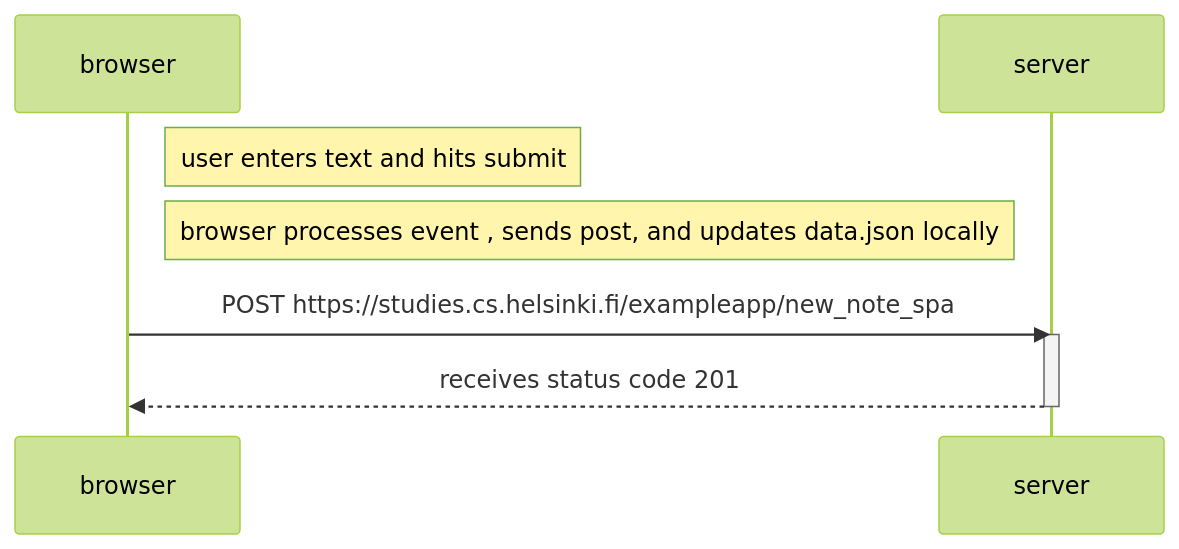
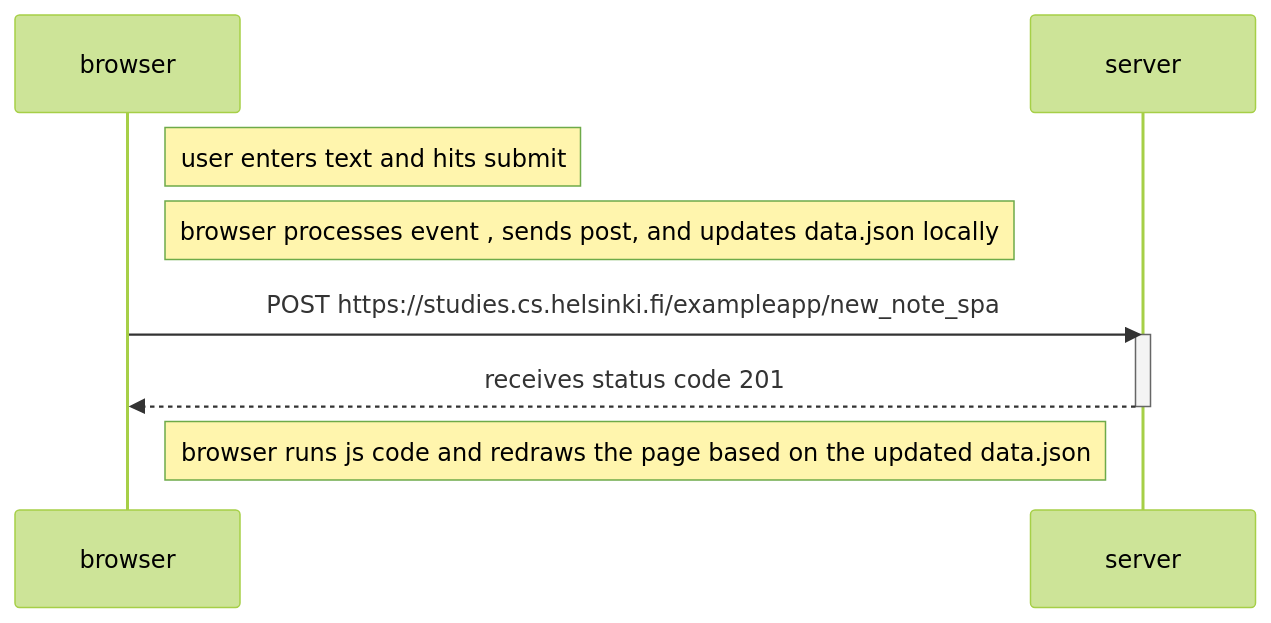
The diagram in part 0/exercise0-6/sequence-diagram.md (fullstackstan/FSO2023), drawn with Mermaid (forest theme) before and after one commit.

Commit message:
final text

````diff
--- a/part 0/exercise0-6/sequence-diagram.md
+++ b/part 0/exercise0-6/sequence-diagram.md
@@ -1,15 +1,17 @@
 ```mermaid
 sequenceDiagram
     participant browser
     participant server
 
     note right of browser: user enters text and hits submit
     note right of browser: browser processes event , sends post, and updates data.json locally
     
     
 
     browser->>server: POST https://studies.cs.helsinki.fi/exampleapp/new_note_spa
     activate server
     server-->>browser: receives status code 201
     deactivate server
+    
+    note right of browser: browser runs js code and redraws the page based on the updated data.json
 ```
````
